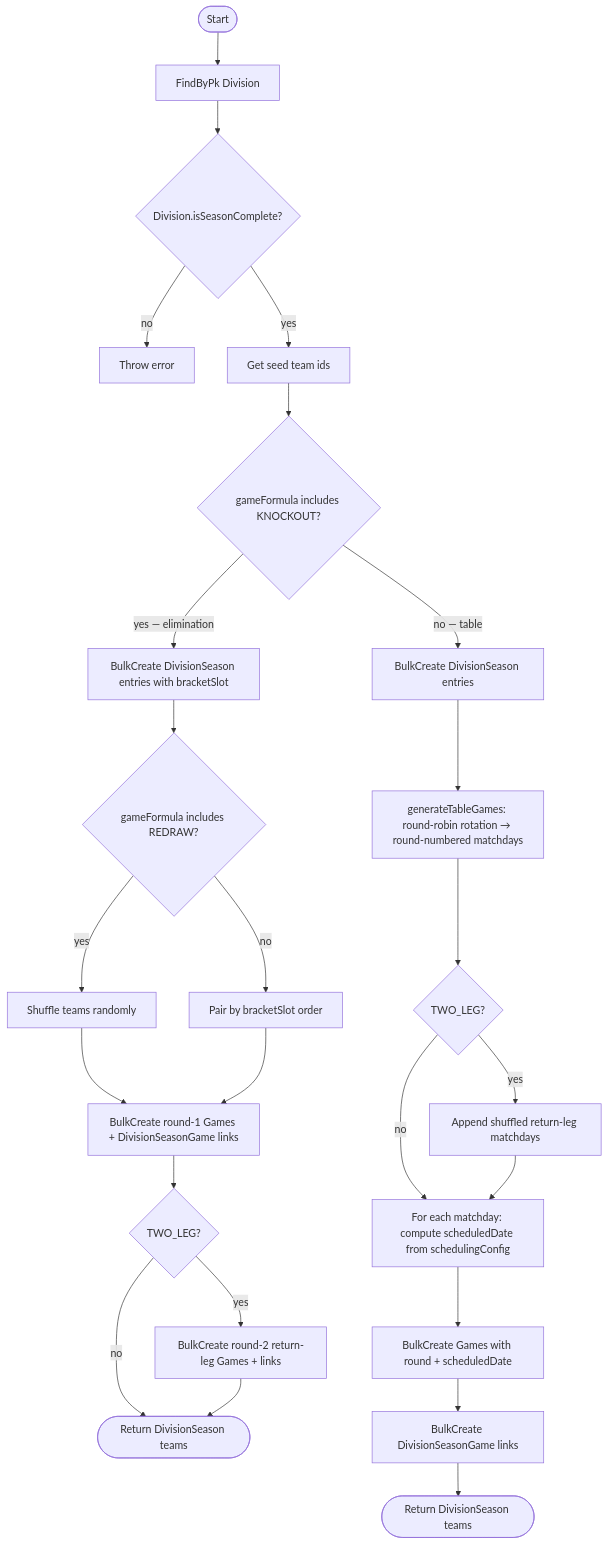
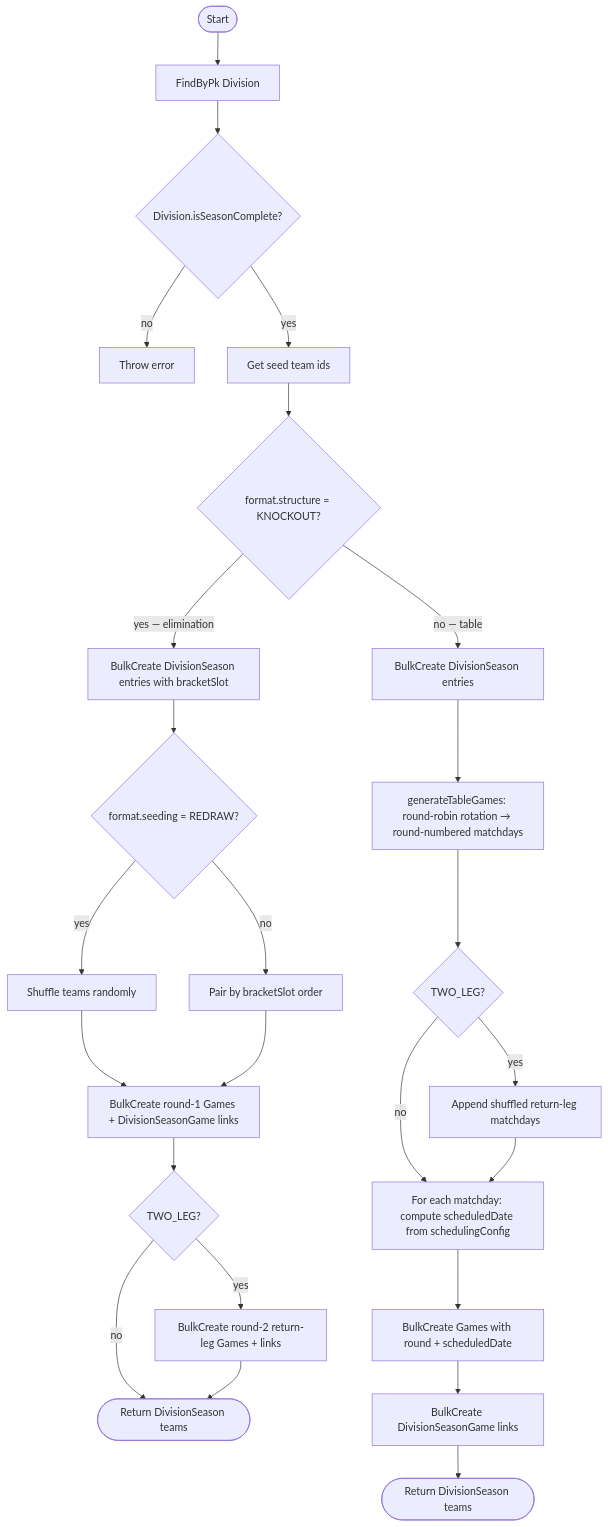
Before and after one commit to wulke/premier-league-baseball: the diagram in docs/architecture/process-flow/start-new-season-division.md, drawn with Mermaid. The commit also changed 9 other files, not shown here.

````diff
--- a/docs/architecture/process-flow/start-new-season-division.md
+++ b/docs/architecture/process-flow/start-new-season-division.md
@@ -3,31 +3,31 @@
 ```mermaid
 flowchart TD
   start([Start]) --> div[FindByPk Division]
   div --> complete{Division.isSeasonComplete?}
   complete -->|no| err[Throw error]
   complete -->|yes| seed[Get seed team ids]
-  seed --> formula{gameFormula includes KNOCKOUT?}
+  seed --> formula{format.structure = KNOCKOUT?}
 
   formula -->|yes — elimination| ds_elim[BulkCreate DivisionSeason entries with bracketSlot]
-  ds_elim --> pair{gameFormula includes REDRAW?}
+  ds_elim --> pair{format.seeding = REDRAW?}
   pair -->|yes| shuffle[Shuffle teams randomly]
   pair -->|no| slot[Pair by bracketSlot order]
   shuffle --> r1[BulkCreate round-1 Games + DivisionSeasonGame links]
   slot --> r1
   r1 --> twoleg_elim{TWO_LEG?}
   twoleg_elim -->|yes| r2[BulkCreate round-2 return-leg Games + links]
   twoleg_elim -->|no| endElim([Return DivisionSeason teams])
   r2 --> endElim
 
   formula -->|no — table| ds_table[BulkCreate DivisionSeason entries]
   ds_table --> gen[generateTableGames: round-robin rotation → round-numbered matchdays]
   gen --> twoleg_table{TWO_LEG?}
   twoleg_table -->|yes| double[Append shuffled return-leg matchdays]
   twoleg_table -->|no| schedule
   double --> schedule[For each matchday: compute scheduledDate from schedulingConfig]
   schedule --> gcreate[BulkCreate Games with round + scheduledDate]
   gcreate --> link[BulkCreate DivisionSeasonGame links]
   link --> endTable([Return DivisionSeason teams])
 
   click gcreate "create-game.md" "Open Create Game flow"
 ```
````
